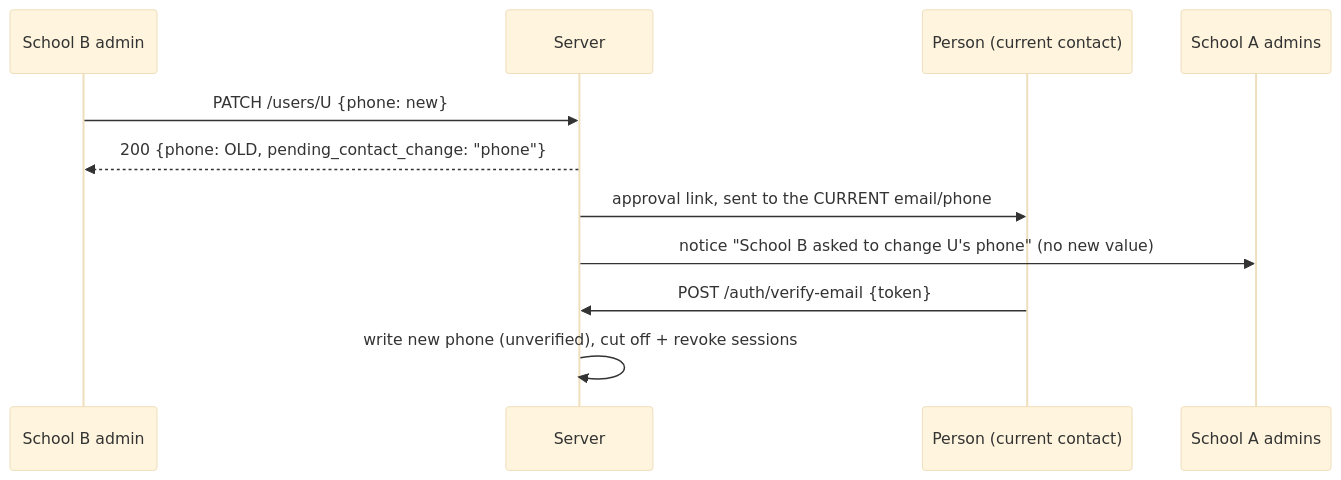
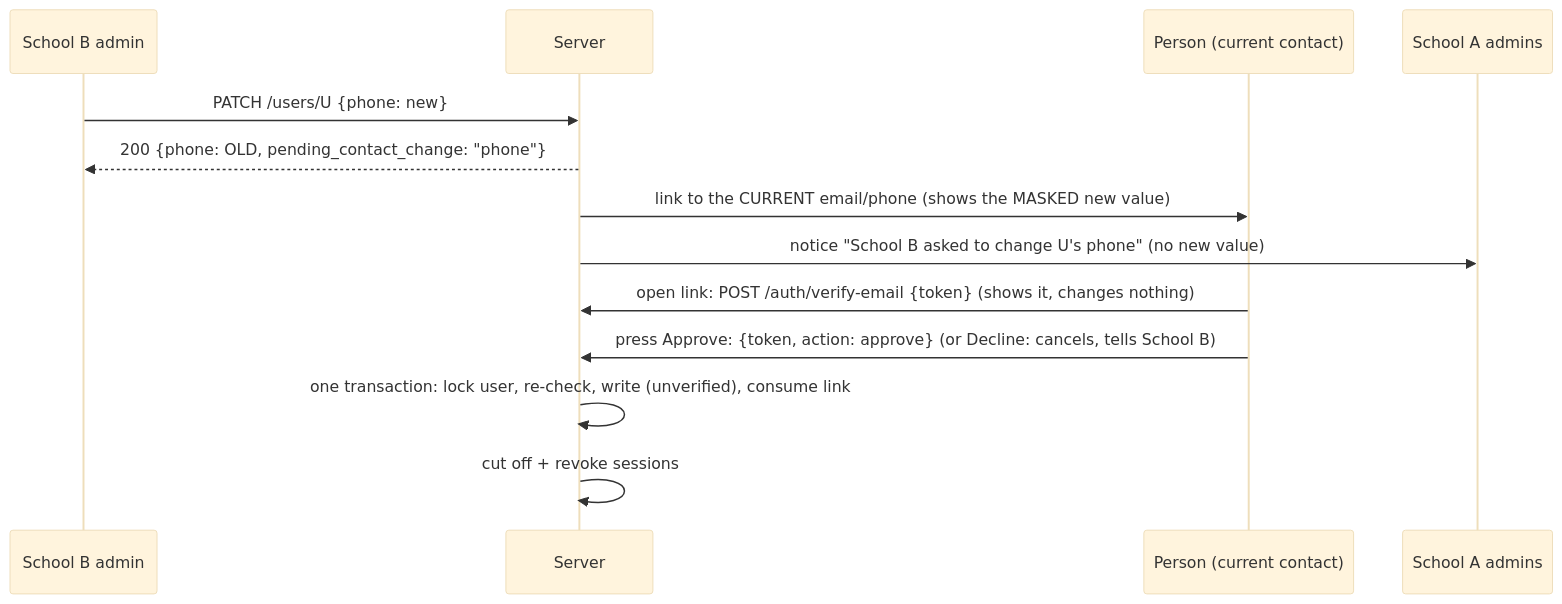
The fourth of 10 diagrams in docs/architecture/08-security.md (tareq89/biddaloy), drawn with Mermaid (base theme) before and after one commit. The commit also changed other lines of this file and 14 other files, not shown here.

First line of the commit message:
[75.1] fix(users): contact proposal needs an explicit Approve or Decline, applies transactionally

````diff
--- a/docs/architecture/08-security.md
+++ b/docs/architecture/08-security.md
@@ -190,13 +190,15 @@
 ```mermaid
 sequenceDiagram
   participant A as School B admin
   participant S as Server
   participant U as Person (current contact)
   participant O as School A admins
   A->>S: PATCH /users/U {phone: new}
   S-->>A: 200 {phone: OLD, pending_contact_change: "phone"}
-  S->>U: approval link, sent to the CURRENT email/phone
+  S->>U: link to the CURRENT email/phone (shows the MASKED new value)
   S->>O: notice "School B asked to change U's phone" (no new value)
-  U->>S: POST /auth/verify-email {token}
-  S->>S: write new phone (unverified), cut off + revoke sessions
+  U->>S: open link: POST /auth/verify-email {token} (shows it, changes nothing)
+  U->>S: press Approve: {token, action: approve} (or Decline: cancels, tells School B)
+  S->>S: one transaction: lock user, re-check, write (unverified), consume link
+  S->>S: cut off + revoke sessions
 ```
````
